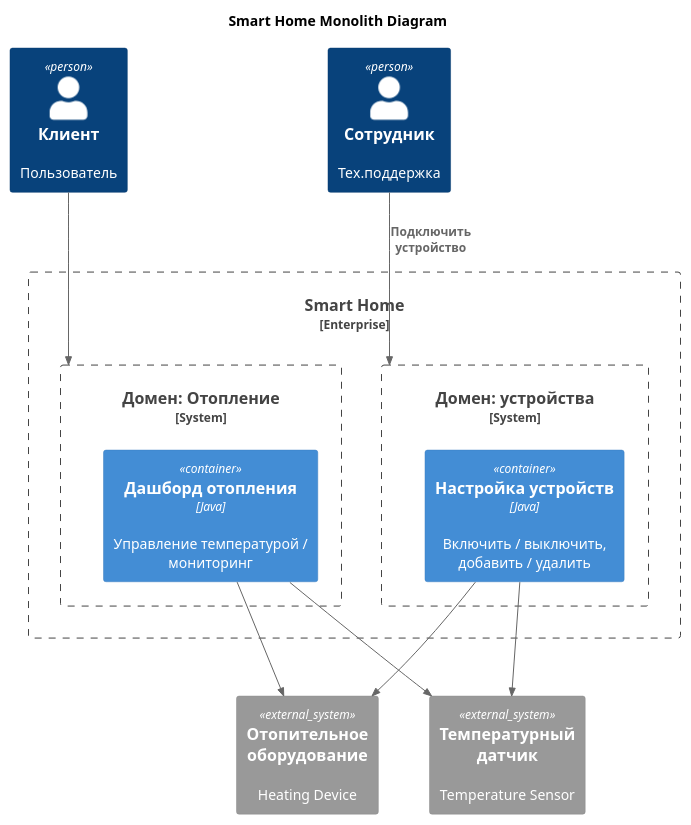
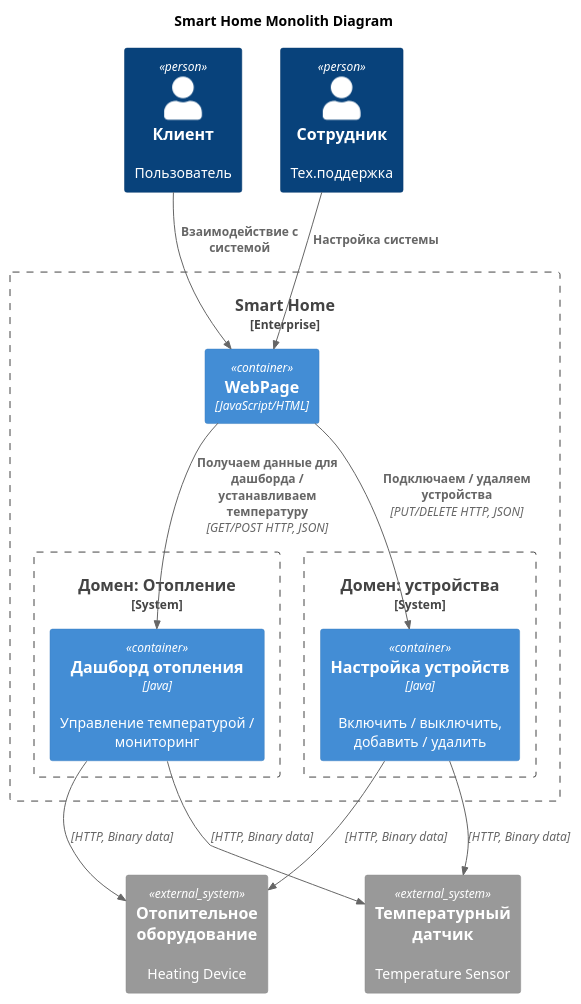
The diagram in docs/context/smart-home-monolith.puml (AlbertDavletov/architecture-sprint-3), drawn with PlantUML before and after one commit. The commit also changed 6 other files, not shown here.

```diff
--- a/docs/context/smart-home-monolith.puml
+++ b/docs/context/smart-home-monolith.puml
@@ -1,31 +1,35 @@
 @startuml
 title Smart Home Monolith Diagram
 !include https://raw.githubusercontent.com/plantuml-stdlib/C4-PlantUML/master/C4_Component.puml
 
 top to bottom direction
 
 Person(customer, "Клиент", "Пользователь")
 Person(support, "Сотрудник", "Тех.поддержка")
 
 Enterprise_Boundary(monolith, "Smart Home") {
+    Container(UIContainer, "WebPage", "JavaScript/HTML")
+
     System_Boundary(heatingSystem, "Домен: Отопление") {
         Container(heatingContainer, "Дашборд отопления", "Java", "Управление температурой / мониторинг")
 
     }
     System_Boundary(deviceSystem, "Домен: устройства") {
         Container(deviceContainer, "Настройка устройств", "Java", "Включить / выключить, добавить / удалить")
     }
 }
 
 System_Ext(heatingDevices, "Отопительное оборудование", "Heating Device")
 System_Ext(heatingSensor, "Температурный датчик", "Temperature Sensor")
 
-Rel(customer, heatingSystem, "")
-Rel(support, deviceSystem, "Подключить устройство")
+Rel(customer, UIContainer, "Взаимодействие с системой")
+Rel(support, UIContainer, "Настройка системы")
+Rel(UIContainer, heatingContainer, "Получаем данные для дашборда / устанавливаем температуру", "GET/POST HTTP, JSON")
+Rel(UIContainer, deviceContainer, "Подключаем / удаляем устройства", "PUT/DELETE HTTP, JSON")
 
-Rel(heatingContainer, heatingDevices, "")
-Rel(heatingContainer, heatingSensor, "")
-Rel(deviceContainer, heatingDevices, "")
-Rel(deviceContainer, heatingSensor, "")
+Rel(heatingContainer, heatingDevices, "", "HTTP, Binary data")
+Rel(heatingContainer, heatingSensor, "", "HTTP, Binary data")
+Rel(deviceContainer, heatingDevices, "", "HTTP, Binary data")
+Rel(deviceContainer, heatingSensor, "", "HTTP, Binary data")
 
 @enduml
```
